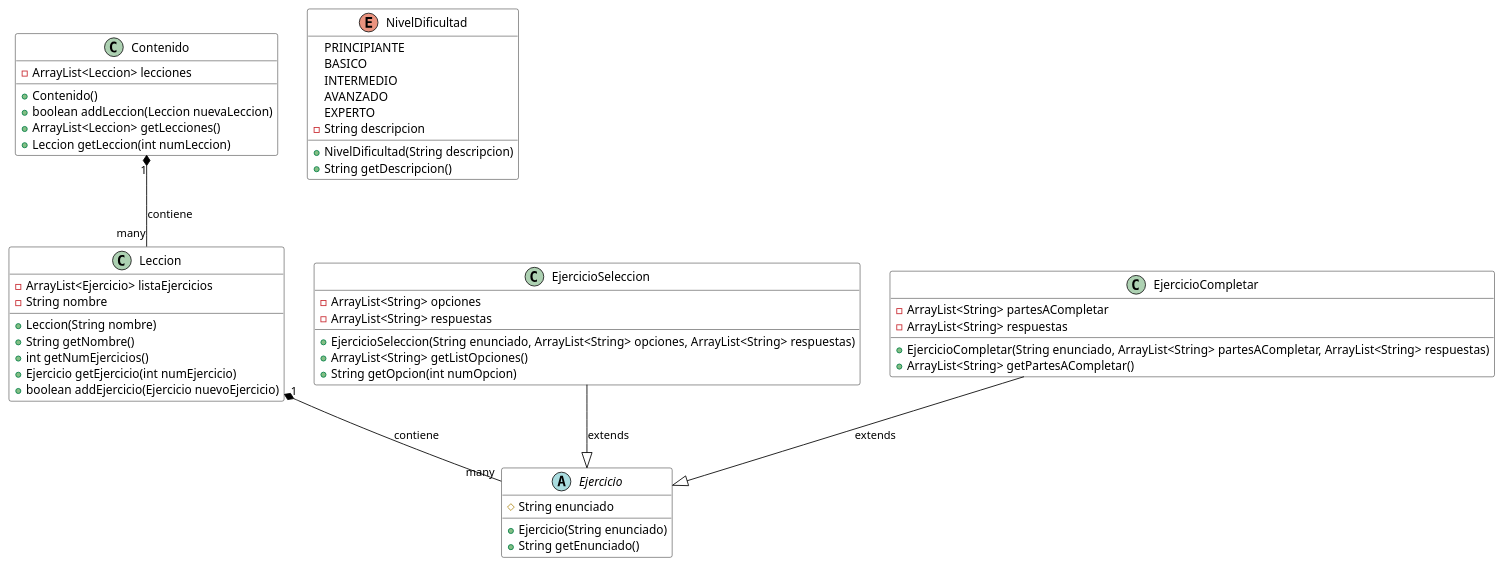
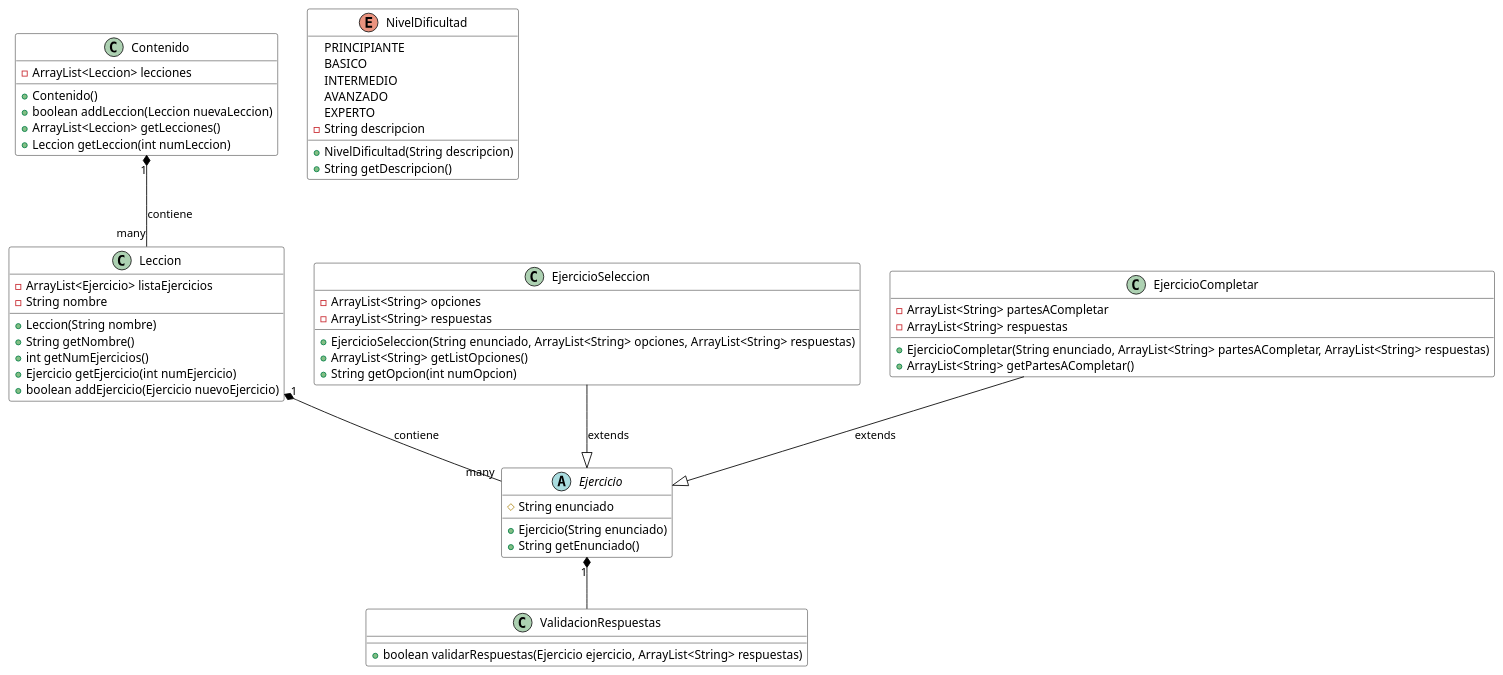
One commit to FernandoHuilca/HelloCode_Software changed the diagram in src/EjerciciosIteractivos_Modulo/Diagramas/DiagramaDeClasesPrimeraNoche.puml. Above: the diagram before and after it, drawn with PlantUML. The commit also changed 4 other files, not shown here.

Commit message:
Refactorización de respuestas y agregación de la clase ValidacionRespuestas

```diff
--- a/src/EjerciciosIteractivos_Modulo/Diagramas/DiagramaDeClasesPrimeraNoche.puml
+++ b/src/EjerciciosIteractivos_Modulo/Diagramas/DiagramaDeClasesPrimeraNoche.puml
@@ -1,67 +1,71 @@
 @startuml DiagramaDeClasesPrimeraNoche
 
 ' Estilos
 skinparam class {
     BackgroundColor White
     BorderColor Black
     ArrowColor Black
 }
 
 ' Clases principales
 class Contenido {
     - ArrayList<Leccion> lecciones
     + Contenido()
     + boolean addLeccion(Leccion nuevaLeccion)
     + ArrayList<Leccion> getLecciones()
     + Leccion getLeccion(int numLeccion)
 }
 
 class Leccion {
     - ArrayList<Ejercicio> listaEjercicios
     - String nombre
     + Leccion(String nombre)
     + String getNombre()
     + int getNumEjercicios()
     + Ejercicio getEjercicio(int numEjercicio)
     + boolean addEjercicio(Ejercicio nuevoEjercicio)
 }
 
 abstract class Ejercicio {
     # String enunciado
     + Ejercicio(String enunciado)
     + String getEnunciado()
 }
 
 class EjercicioSeleccion {
     - ArrayList<String> opciones
     - ArrayList<String> respuestas
     + EjercicioSeleccion(String enunciado, ArrayList<String> opciones, ArrayList<String> respuestas)
     + ArrayList<String> getListOpciones()
     + String getOpcion(int numOpcion)
 }
 
 class EjercicioCompletar {
     -ArrayList<String> partesACompletar
     -ArrayList<String> respuestas
     + EjercicioCompletar(String enunciado, ArrayList<String> partesACompletar, ArrayList<String> respuestas)
     + ArrayList<String> getPartesACompletar()
 }
+class ValidacionRespuestas{
+    +boolean validarRespuestas(Ejercicio ejercicio, ArrayList<String> respuestas)
+}
 
 enum NivelDificultad {
     PRINCIPIANTE
     BASICO
     INTERMEDIO
     AVANZADO
     EXPERTO
     - String descripcion
     + NivelDificultad(String descripcion)
     + String getDescripcion()
 }
 
 ' Relaciones
 Contenido "1" *-- "many" Leccion : contiene
 Leccion "1" *-- "many" Ejercicio : contiene
+Ejercicio "1" *-- ValidacionRespuestas
 EjercicioSeleccion --|> Ejercicio : extends
 EjercicioCompletar --|> Ejercicio : extends
 
 @enduml 
```
